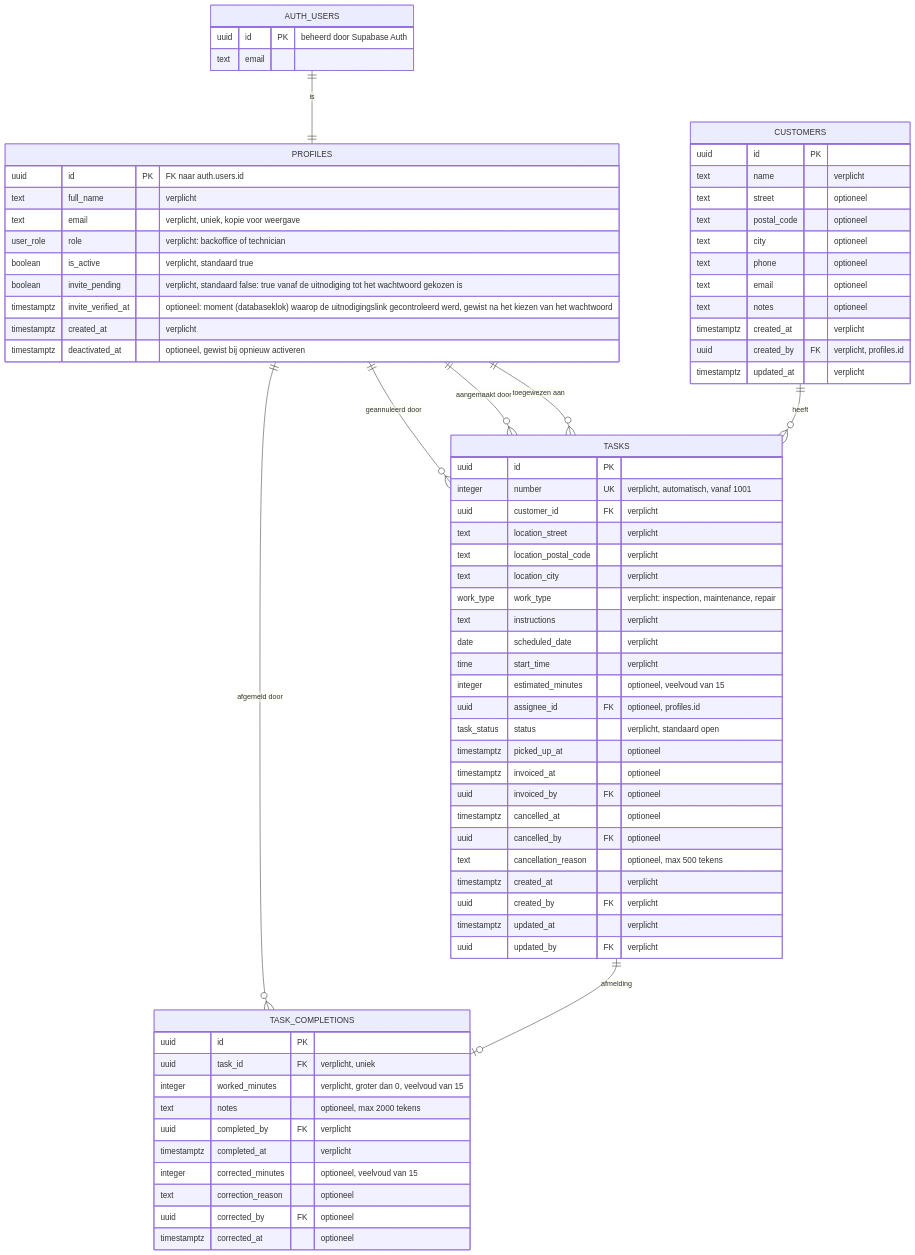
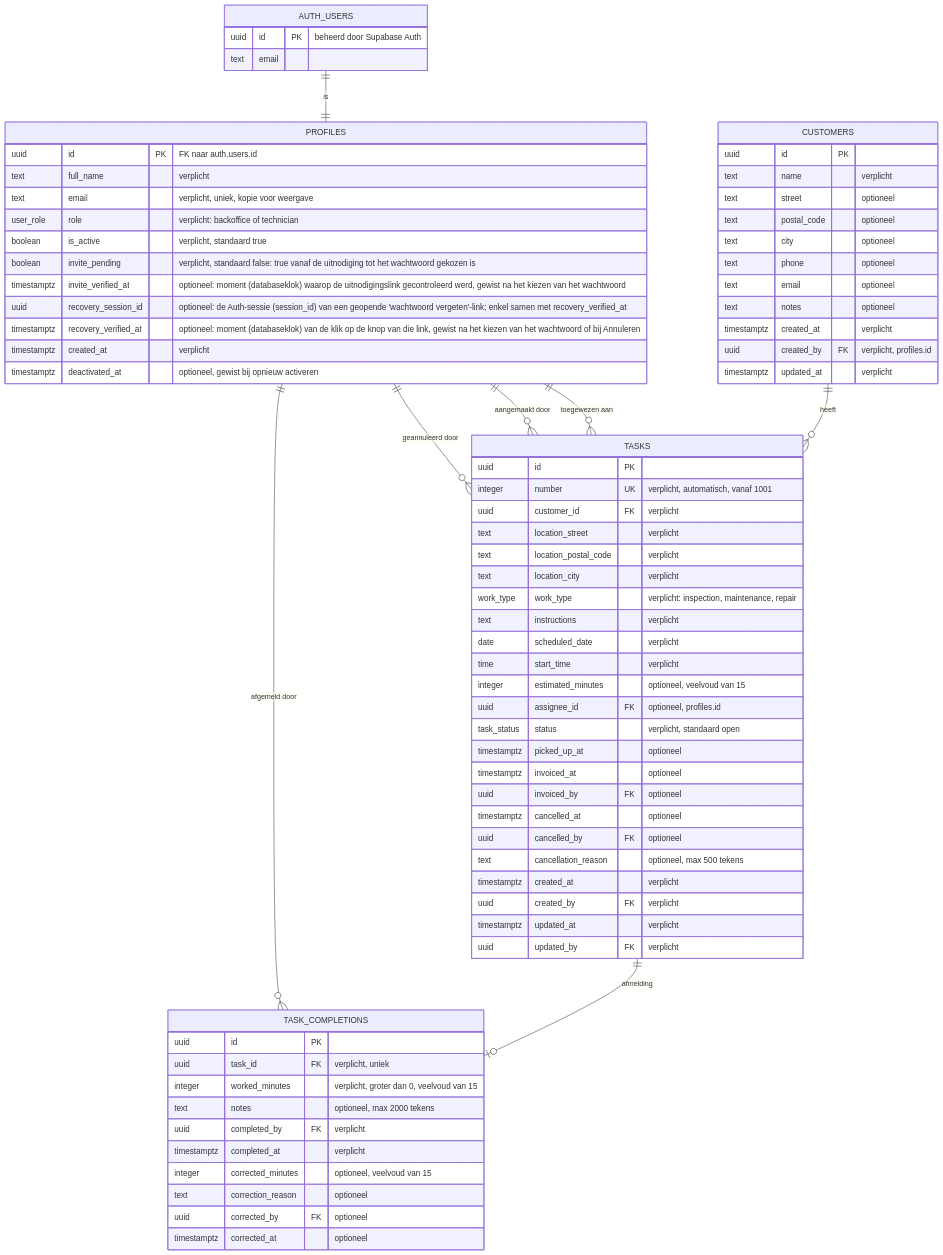
The third of 3 diagrams in docs/design/taakplanning.md (JurgenGeys/ClaudeProject-test1), drawn with Mermaid before and after one commit. The commit also changed other lines of this file and 50 other files, not shown here.

First line of the commit message:
feat(auth): forgot password with session-bound recovery (BT-06b)

````diff
--- a/docs/design/taakplanning.md
+++ b/docs/design/taakplanning.md
@@ -351,76 +354,78 @@
 ```mermaid
 erDiagram
     AUTH_USERS ||--|| PROFILES : "is"
     PROFILES ||--o{ TASKS : "toegewezen aan"
     PROFILES ||--o{ TASKS : "aangemaakt door"
     PROFILES ||--o{ TASKS : "geannuleerd door"
     CUSTOMERS ||--o{ TASKS : "heeft"
     TASKS ||--o| TASK_COMPLETIONS : "afmelding"
     PROFILES ||--o{ TASK_COMPLETIONS : "afgemeld door"
 
     AUTH_USERS {
         uuid id PK "beheerd door Supabase Auth"
         text email
     }
     PROFILES {
         uuid id PK "FK naar auth.users.id"
         text full_name "verplicht"
         text email "verplicht, uniek, kopie voor weergave"
         user_role role "verplicht: backoffice of technician"
         boolean is_active "verplicht, standaard true"
         boolean invite_pending "verplicht, standaard false: true vanaf de uitnodiging tot het wachtwoord gekozen is"
         timestamptz invite_verified_at "optioneel: moment (databaseklok) waarop de uitnodigingslink gecontroleerd werd, gewist na het kiezen van het wachtwoord"
+        uuid recovery_session_id "optioneel: de Auth-sessie (session_id) van een geopende 'wachtwoord vergeten'-link; enkel samen met recovery_verified_at"
+        timestamptz recovery_verified_at "optioneel: moment (databaseklok) van de klik op de knop van die link, gewist na het kiezen van het wachtwoord of bij Annuleren"
         timestamptz created_at "verplicht"
         timestamptz deactivated_at "optioneel, gewist bij opnieuw activeren"
     }
     CUSTOMERS {
         uuid id PK
         text name "verplicht"
         text street "optioneel"
         text postal_code "optioneel"
         text city "optioneel"
         text phone "optioneel"
         text email "optioneel"
         text notes "optioneel"
         timestamptz created_at "verplicht"
         uuid created_by FK "verplicht, profiles.id"
         timestamptz updated_at "verplicht"
     }
     TASKS {
         uuid id PK
         integer number UK "verplicht, automatisch, vanaf 1001"
         uuid customer_id FK "verplicht"
         text location_street "verplicht"
         text location_postal_code "verplicht"
         text location_city "verplicht"
         work_type work_type "verplicht: inspection, maintenance, repair"
         text instructions "verplicht"
         date scheduled_date "verplicht"
         time start_time "verplicht"
         integer estimated_minutes "optioneel, veelvoud van 15"
         uuid assignee_id FK "optioneel, profiles.id"
         task_status status "verplicht, standaard open"
         timestamptz picked_up_at "optioneel"
         timestamptz invoiced_at "optioneel"
         uuid invoiced_by FK "optioneel"
         timestamptz cancelled_at "optioneel"
         uuid cancelled_by FK "optioneel"
         text cancellation_reason "optioneel, max 500 tekens"
         timestamptz created_at "verplicht"
         uuid created_by FK "verplicht"
         timestamptz updated_at "verplicht"
         uuid updated_by FK "verplicht"
     }
     TASK_COMPLETIONS {
         uuid id PK
         uuid task_id FK "verplicht, uniek"
         integer worked_minutes "verplicht, groter dan 0, veelvoud van 15"
         text notes "optioneel, max 2000 tekens"
         uuid completed_by FK "verplicht"
         timestamptz completed_at "verplicht"
         integer corrected_minutes "optioneel, veelvoud van 15"
         text correction_reason "optioneel"
         uuid corrected_by FK "optioneel"
         timestamptz corrected_at "optioneel"
     }
 ```
````
